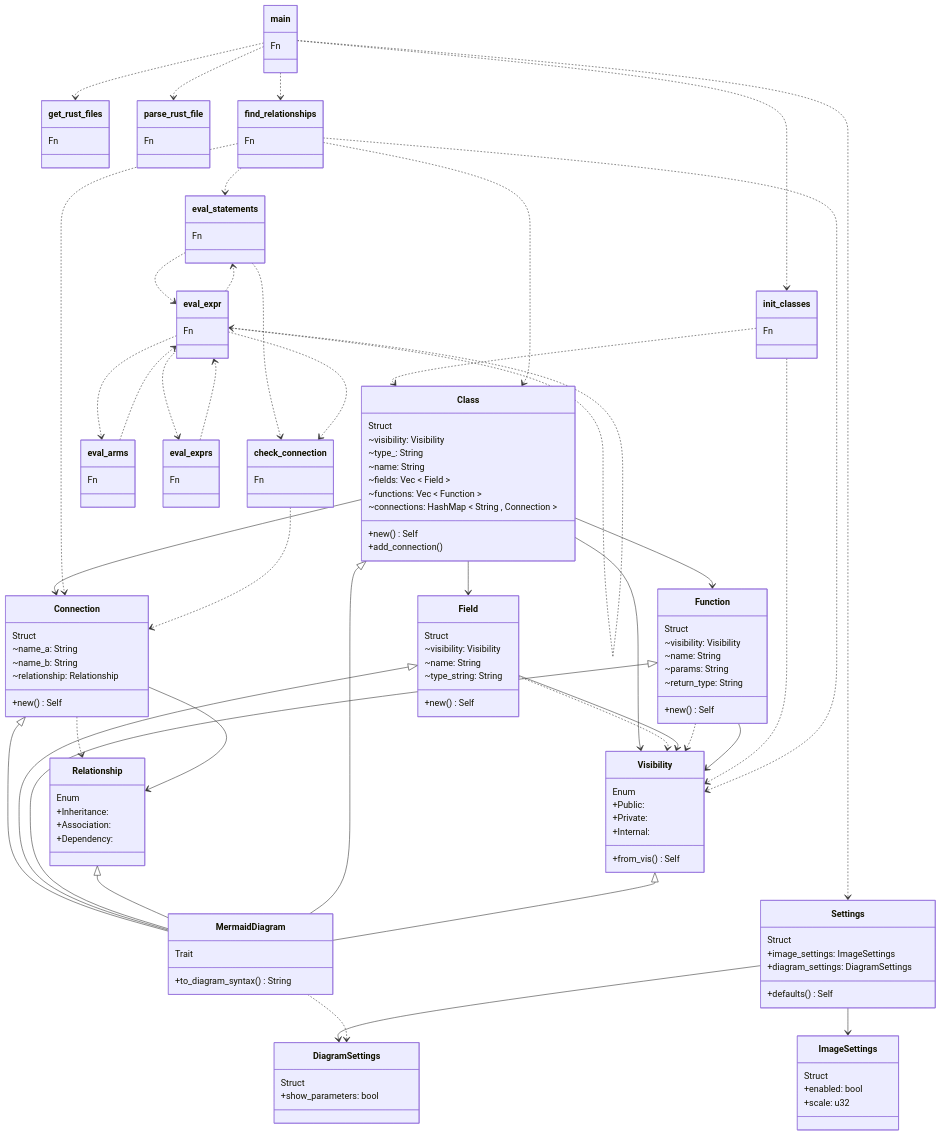
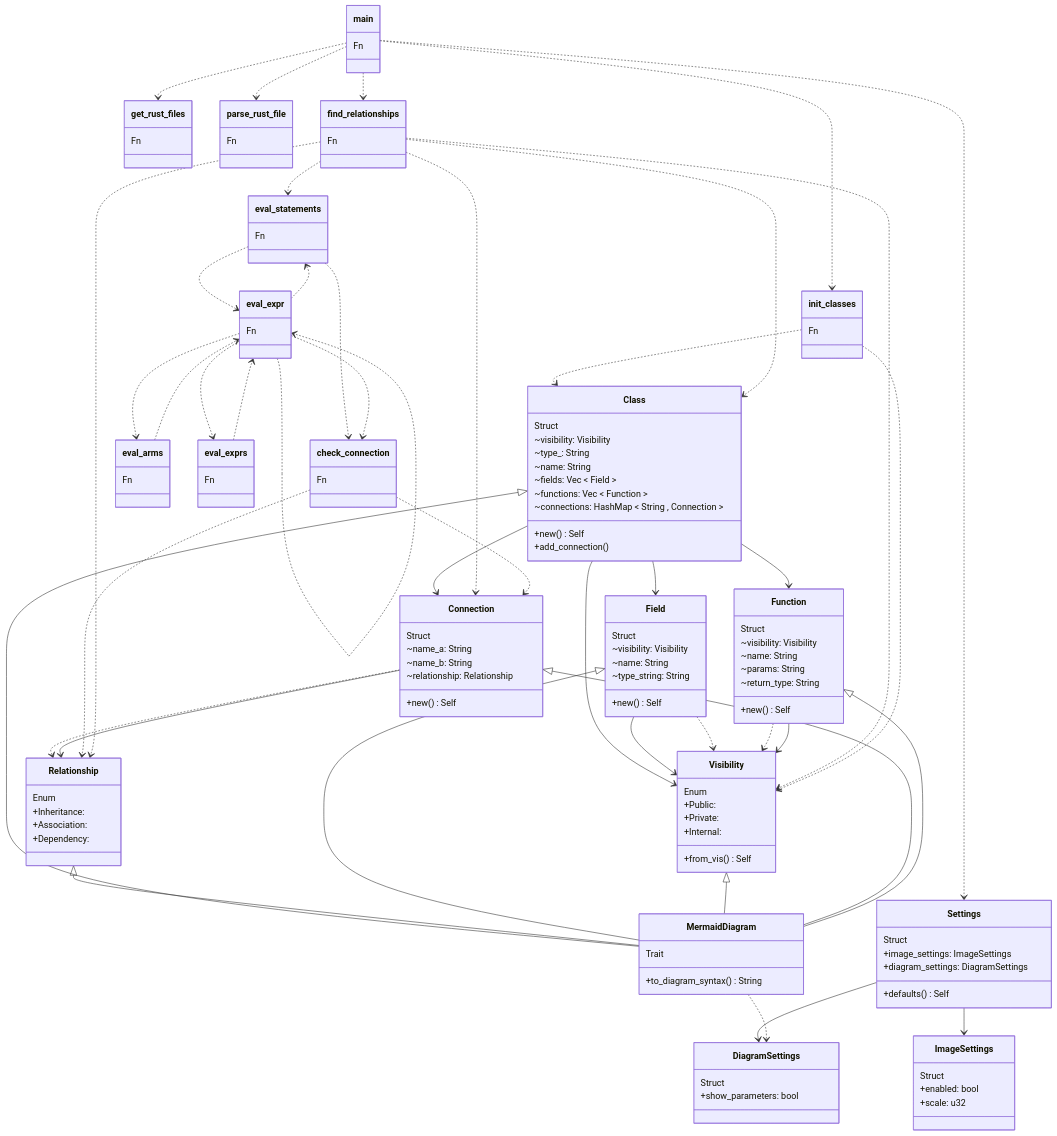
Before and after one commit to gusjengis/mermaid-class-diagrams: the diagram in diagram.mmd, drawn with Mermaid. The commit also changed 2 other files, not shown here.

```diff
--- a/diagram.mmd
+++ b/diagram.mmd
@@ -1,175 +1,177 @@
 classDiagram
 
 class init_classes {
 Fn
 }
 
 main ..> init_classes
 
 class get_rust_files {
 Fn
 }
 
 main ..> get_rust_files
 
 class parse_rust_file {
 Fn
 }
 
 main ..> parse_rust_file
 
 class MermaidDiagram {
 Trait
 +to_diagram_syntax() String
 }
 
+Class <|-- MermaidDiagram
+Relationship <|-- MermaidDiagram
+Field <|-- MermaidDiagram
+Visibility <|-- MermaidDiagram
 Connection <|-- MermaidDiagram
-Field <|-- MermaidDiagram
 Function <|-- MermaidDiagram
-Relationship <|-- MermaidDiagram
-Class <|-- MermaidDiagram
-Visibility <|-- MermaidDiagram
 
 class find_relationships {
 Fn
 }
 
 main ..> find_relationships
 
 class eval_statements {
 Fn
 }
 
+find_relationships ..> eval_statements
 eval_expr ..> eval_statements
-find_relationships ..> eval_statements
 
 class eval_arms {
 Fn
 }
 
 eval_expr ..> eval_arms
 
 class eval_exprs {
 Fn
 }
 
 eval_expr ..> eval_exprs
 
 class eval_expr {
 Fn
 }
 
+eval_statements ..> eval_expr
 eval_arms ..> eval_expr
 eval_exprs ..> eval_expr
 eval_expr ..> eval_expr
-eval_statements ..> eval_expr
 
 class check_connection {
 Fn
 }
 
 eval_statements ..> check_connection
 eval_expr ..> check_connection
 
 class Class {
 Struct
 ~visibility: Visibility
 ~type_: String
 ~name: String
 ~fields: Vec < Field >
 ~functions: Vec < Function >
 ~connections: HashMap < String , Connection >
 +new() Self
 +add_connection() 
 }
 
+init_classes ..> Class
 Class --> Field
-init_classes ..> Class
+find_relationships ..> Class
+Class --> Function
+Class --> Connection
 Class --> Visibility
-Class --> Function
-find_relationships ..> Class
-Class --> Connection
 
 class Field {
 Struct
 ~visibility: Visibility
 ~name: String
 ~type_string: String
 +new() Self
 }
 
+Field --> Visibility
 Field ..> Visibility
-Field --> Visibility
 
 class Function {
 Struct
 ~visibility: Visibility
 ~name: String
 ~params: String
 ~return_type: String
 +new() Self
 }
 
 Function ..> Visibility
 Function --> Visibility
 
 class Connection {
 Struct
 ~name_a: String
 ~name_b: String
 ~relationship: Relationship
 +new() Self
 }
 
+find_relationships ..> Connection
 Connection ..> Relationship
-find_relationships ..> Connection
 check_connection ..> Connection
 Connection --> Relationship
 
 class Relationship {
 Enum
 +Inheritance: 
 +Association: 
 +Dependency: 
 }
 
+check_connection ..> Relationship
+find_relationships ..> Relationship
 
 class Visibility {
 Enum
 +Public: 
 +Private: 
 +Internal: 
 +from_vis() Self
 }
 
+find_relationships ..> Visibility
 init_classes ..> Visibility
-find_relationships ..> Visibility
 
 class Settings {
 Struct
 +image_settings: ImageSettings
 +diagram_settings: DiagramSettings
 +defaults() Self
 }
 
+Settings --> DiagramSettings
 main ..> Settings
 Settings --> ImageSettings
-Settings --> DiagramSettings
 
 class ImageSettings {
 Struct
 +enabled: bool
 +scale: u32
 }
 
 
 class DiagramSettings {
 Struct
 +show_parameters: bool
 }
 
 MermaidDiagram ..> DiagramSettings
 
 class main {
 Fn
 }
```
